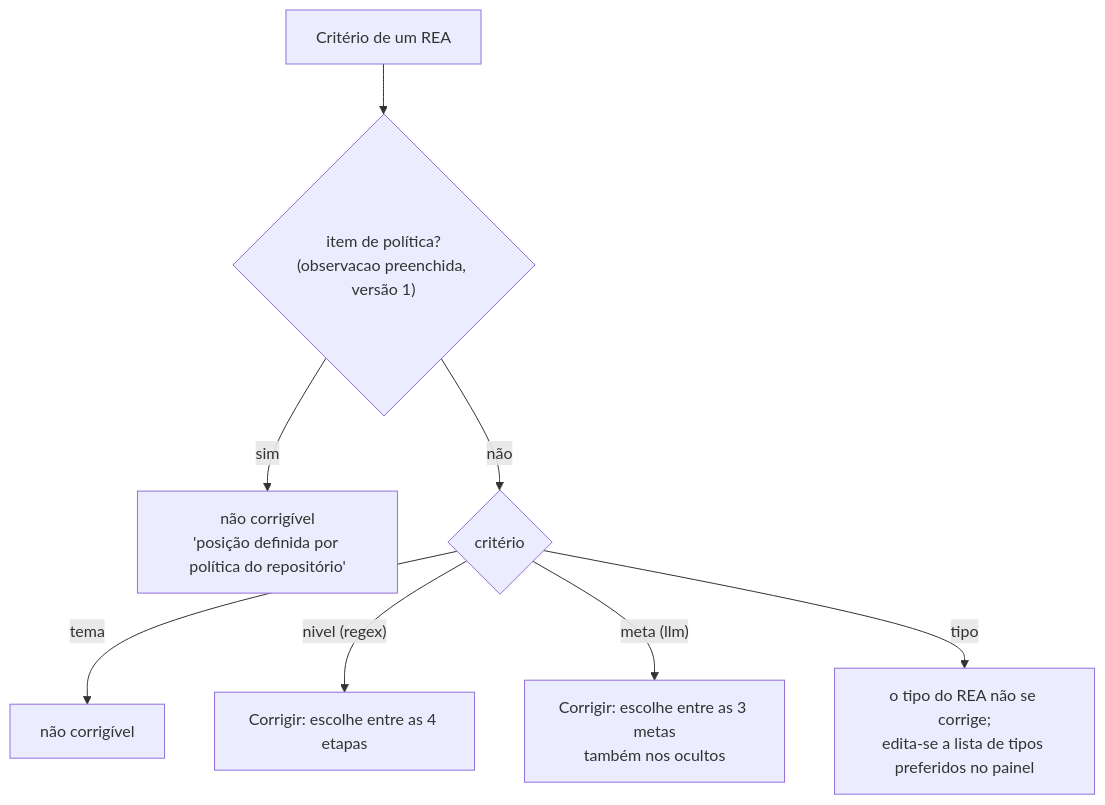
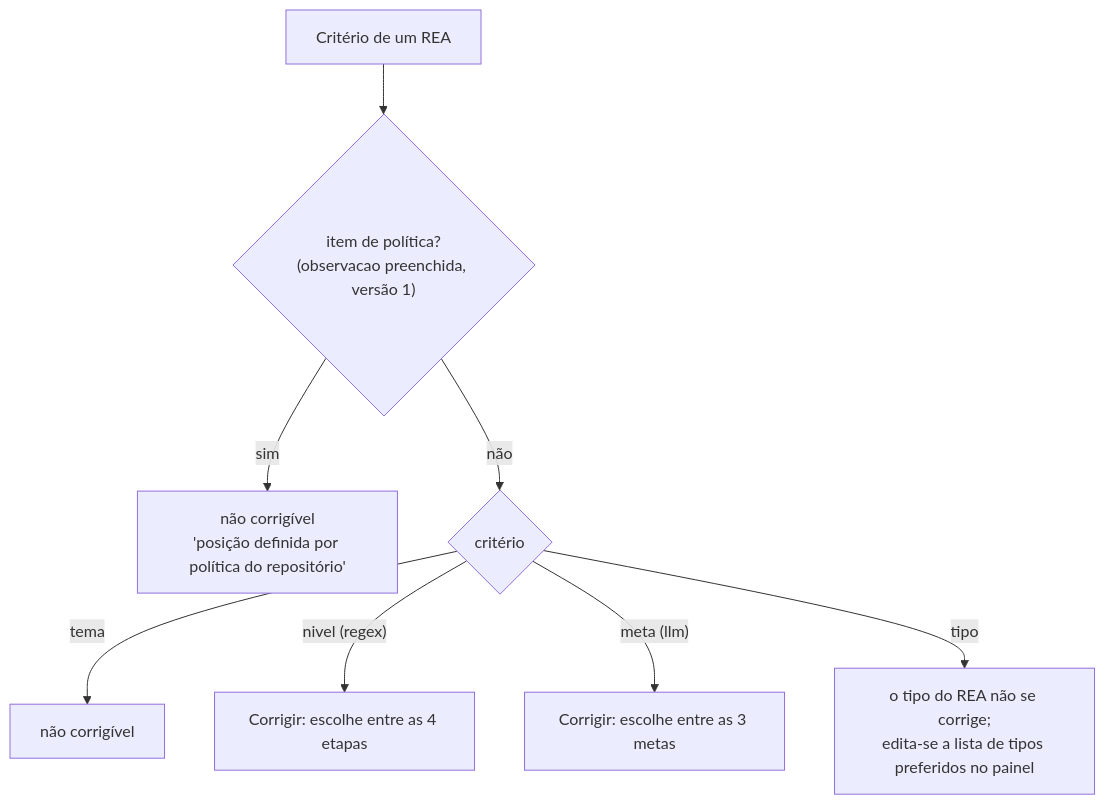
One commit to razimbrao/sis-read changed diagram 18 of 25 in docs/fluxos-transparencia.md. Above: the diagram before and after it, drawn with Mermaid. The commit also changed other lines of this file and 12 other files, not shown here.

````diff
--- a/docs/fluxos-transparencia.md
+++ b/docs/fluxos-transparencia.md
@@ -615,10 +615,10 @@
 ```mermaid
 flowchart TD
     C["Critério de um REA"] --> P{"item de política?<br/>(observacao preenchida, versão 1)"}
     P -- sim --> N0["não corrigível<br/>'posição definida por política do repositório'"]
     P -- não --> T{"critério"}
     T -- tema --> N1["não corrigível"]
     T -- "nivel (regex)" --> S1["Corrigir: escolhe entre as 4 etapas"]
-    T -- "meta (llm)" --> S2["Corrigir: escolhe entre as 3 metas<br/>também nos ocultos"]
+    T -- "meta (llm)" --> S2["Corrigir: escolhe entre as 3 metas"]
     T -- tipo --> S3["o tipo do REA não se corrige;<br/>edita-se a lista de tipos preferidos no painel"]
 ```
````
